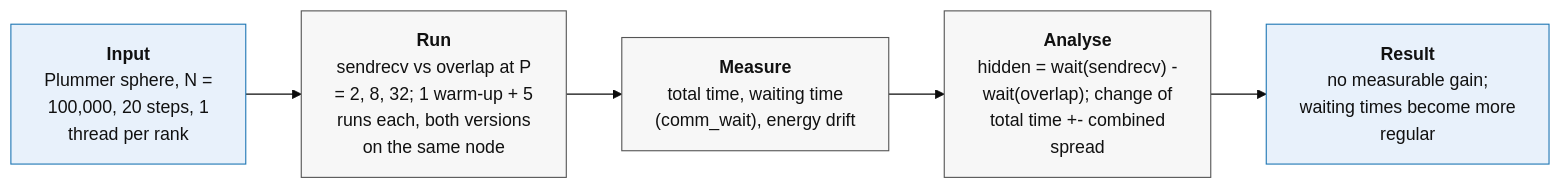
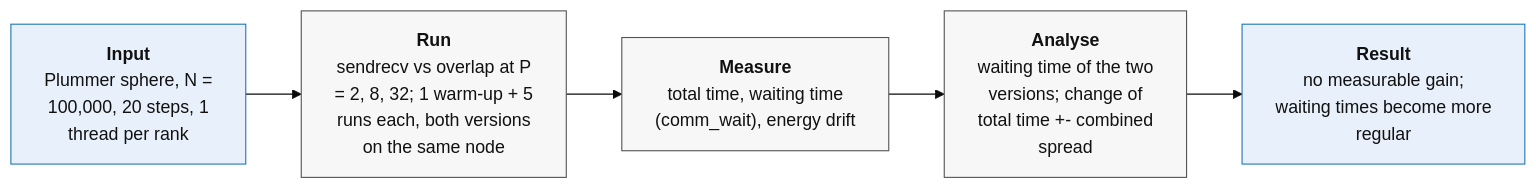
One commit to emmadariol/HPC_exam changed diagram 13 of 16 in Nbody_serial/FINAL_REPORT.md. Above: the diagram before and after it, drawn with Mermaid (base theme). The commit also changed other lines of this file and 3 other files, not shown here.

````diff
--- a/Nbody_serial/FINAL_REPORT.md
+++ b/Nbody_serial/FINAL_REPORT.md
@@ -1020,13 +915,13 @@
 ```mermaid
 flowchart LR
   A["<b>Input</b><br/>Plummer sphere, N =<br/>100,000, 20 steps, 1<br/>thread per rank"]
   B["<b>Run</b><br/>sendrecv vs overlap at P<br/>= 2, 8, 32; 1 warm-up + 5<br/>runs each, both versions<br/>on the same node"]
   C["<b>Measure</b><br/>total time, waiting time<br/>(comm_wait), energy drift"]
-  D["<b>Analyse</b><br/>hidden = wait(sendrecv) -<br/>wait(overlap); change of<br/>total time +- combined<br/>spread"]
+  D["<b>Analyse</b><br/>waiting time of the two<br/>versions; change of<br/>total time +- combined<br/>spread"]
   E["<b>Result</b><br/>no measurable gain;<br/>waiting times become more<br/>regular"]
   A --> B --> C --> D --> E
   classDef io fill:#e8f1fb,stroke:#1f77b4,color:#111;
   classDef step fill:#f7f7f7,stroke:#555,color:#111;
   class A,E io;
   class B,C,D step;
 ```
````
